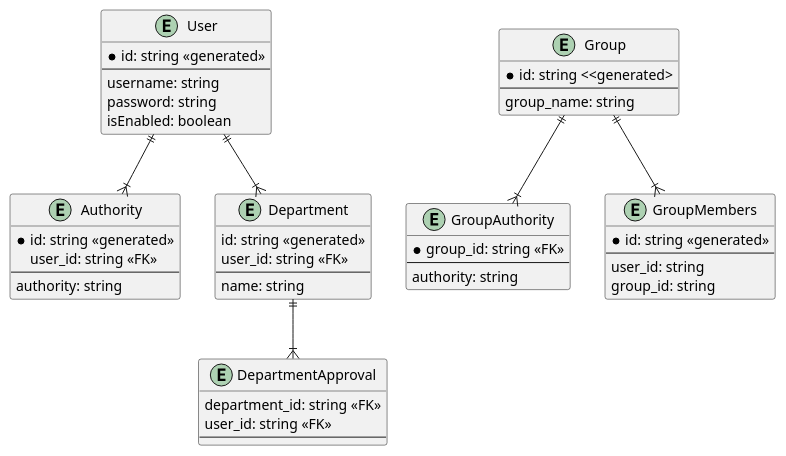
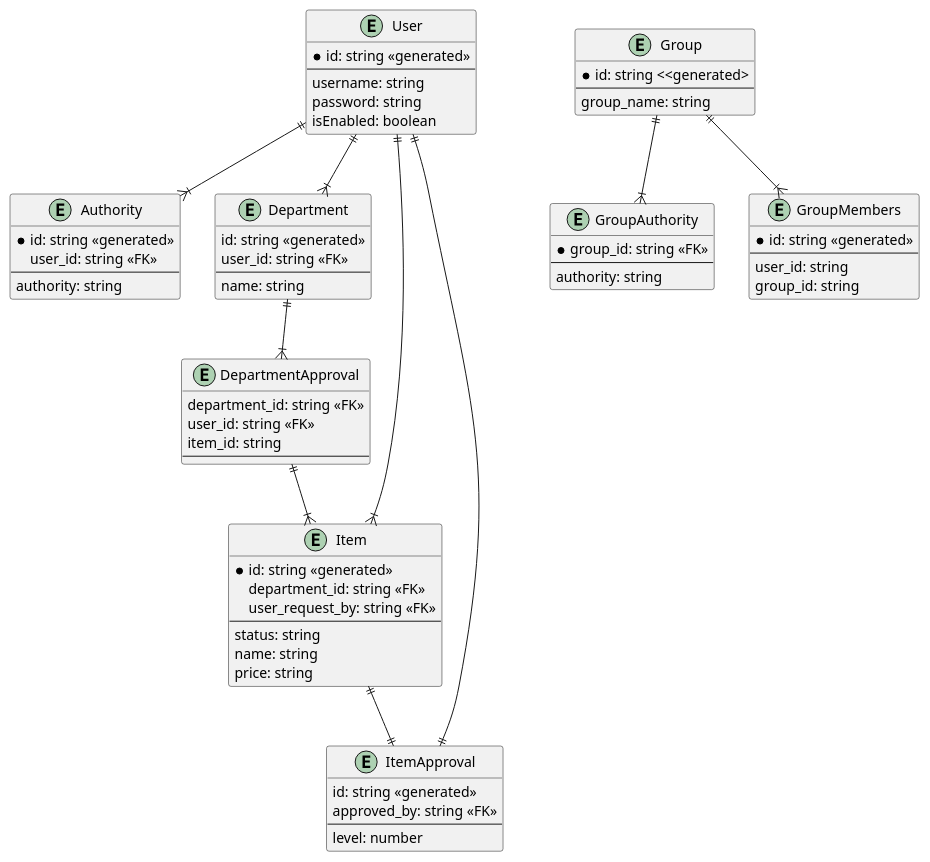
Before and after one commit to putra4648/my-erp: the diagram in ent.puml, drawn with PlantUML.

Commit message:
:sparkles: chore: update diagram

```diff
--- a/ent.puml
+++ b/ent.puml
@@ -1,56 +1,80 @@
 @startuml
 entity User {
     * id: string <<generated>>
     --
     username: string
     password: string
     isEnabled: boolean
 }
 
 entity Authority {
     * id: string <<generated>>
     user_id: string <<FK>>
     --
     authority: string
 }
 
 entity Group {
     * id: string <<generated>
     --
     group_name: string
 }
 
 entity GroupAuthority {
     * group_id: string <<FK>>
     --
     authority: string
 }
 
 entity GroupMembers {
     * id: string <<generated>>
     --
     user_id: string
     group_id: string
 }
 
 entity Department {
     id: string <<generated>>
     user_id: string <<FK>>
     --
     name: string
 }
 
+entity Item {
+    * id: string <<generated>>
+    department_id: string <<FK>>
+    user_request_by: string <<FK>>
+    --
+    status: string
+    name: string
+    price: string
+}
+
+entity ItemApproval {
+    id: string <<generated>>
+    approved_by: string <<FK>>
+    --
+    level: number
+}
+
 entity DepartmentApproval {
     department_id: string <<FK>>
     user_id: string <<FK>>
+    item_id: string
     --
 }
 
 User ||--|{ Authority
 User ||--|{ Department
+User ||--|{ Item
+
 Group ||--|{ GroupAuthority
 Group ||--|{ GroupMembers
 
 Department ||--|{ DepartmentApproval
+DepartmentApproval ||--|{ Item
+
+Item ||--|| ItemApproval
+ItemApproval ||--|| User
 
 @enduml
```
